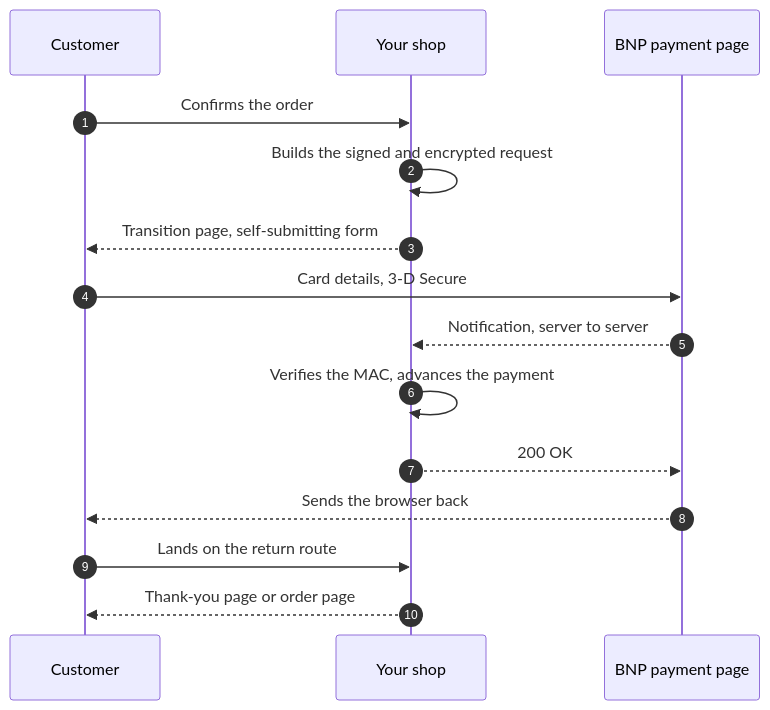
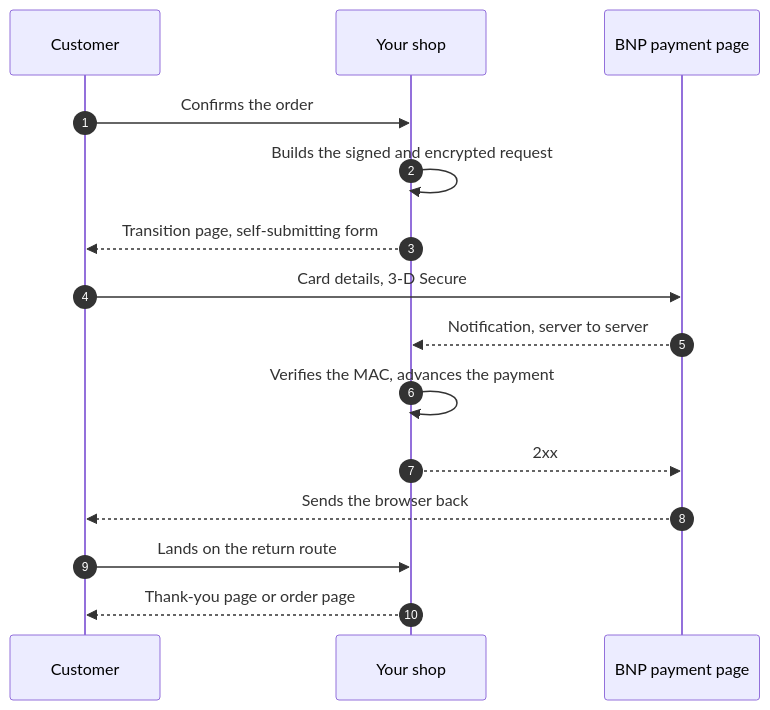
One commit to CylleneDigital/SyliusAxeptaPlugin changed the diagram in README.md. Above: the diagram before and after it, drawn with Mermaid. The commit also changed other lines of this file and 16 other files, not shown here.

````diff
--- a/README.md
+++ b/README.md
@@ -46,18 +46,18 @@
 ```mermaid
 sequenceDiagram
     autonumber
     participant C as Customer
     participant S as Your shop
     participant B as BNP payment page
 
     C->>S: Confirms the order
     S->>S: Builds the signed and encrypted request
     S-->>C: Transition page, self-submitting form
     C->>B: Card details, 3-D Secure
     B-->>S: Notification, server to server
     S->>S: Verifies the MAC, advances the payment
-    S-->>B: 200 OK
+    S-->>B: 2xx
     B-->>C: Sends the browser back
     C->>S: Lands on the return route
     S-->>C: Thank-you page or order page
 ```
````
